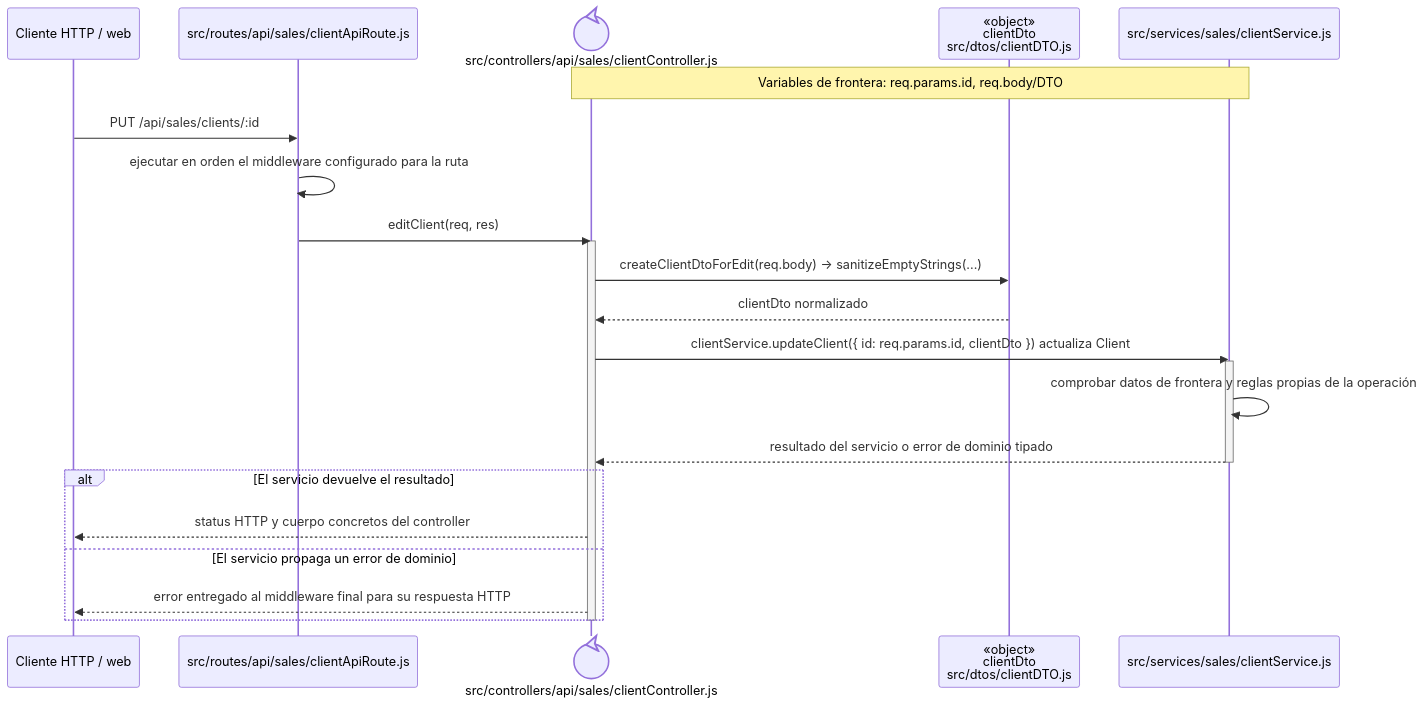
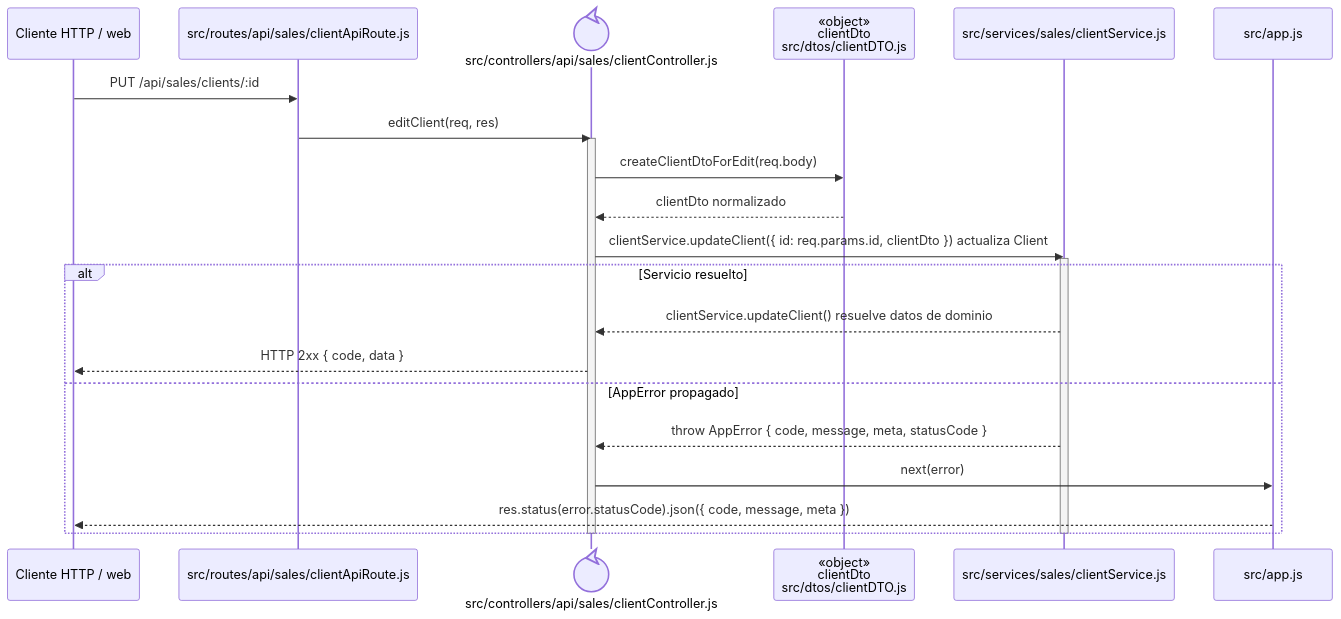
One commit to gpgsistemas01/nexus changed the diagram in docs/architecture/backend-code-sequences/catalogs/cu-cat-07.md. Above: the diagram before and after it, drawn with Mermaid. The commit also changed 148 other files, not shown here.

````diff
--- a/docs/architecture/backend-code-sequences/catalogs/cu-cat-07.md
+++ b/docs/architecture/backend-code-sequences/catalogs/cu-cat-07.md
@@ -6,27 +6,27 @@
 ```mermaid
 sequenceDiagram
     participant Client as Cliente HTTP / web
     participant Route as src/routes/api/sales/clientApiRoute.js
     participant Controller@{ "type": "control" } as src/controllers/api/sales/clientController.js
     participant ClientDto as «object»<br/>clientDto<br/>src/dtos/clientDTO.js
     participant Domain as src/services/sales/clientService.js
-    Note over Controller,Domain: Variables de frontera: req.params.id, req.body/DTO
+    participant ErrorHandler as src/app.js
 
     Client->>Route: PUT /api/sales/clients/:id
-    Route->>Route: ejecutar en orden el middleware configurado para la ruta
     Route->>Controller: editClient(req, res)
     activate Controller
-    Controller->>ClientDto: createClientDtoForEdit(req.body) → sanitizeEmptyStrings(...)
+    Controller->>ClientDto: createClientDtoForEdit(req.body)
     ClientDto-->>Controller: clientDto normalizado
     Controller->>Domain: clientService.updateClient({ id: req.params.id, clientDto }) actualiza Client
     activate Domain
-    Domain->>Domain: comprobar datos de frontera y reglas propias de la operación
-    Domain-->>Controller: resultado del servicio o error de dominio tipado
+    alt Servicio resuelto
+        Domain-->>Controller: clientService.updateClient() resuelve datos de dominio
+        Controller-->>Client: HTTP 2xx { code, data }
+    else AppError propagado
+        Domain-->>Controller: throw AppError { code, message, meta, statusCode }
+        Controller->>ErrorHandler: next(error)
+        ErrorHandler-->>Client: res.status(error.statusCode).json({ code, message, meta })
+    end
     deactivate Domain
-    alt El servicio devuelve el resultado
-        Controller-->>Client: status HTTP y cuerpo concretos del controller
-    else El servicio propaga un error de dominio
-        Controller-->>Client: error entregado al middleware final para su respuesta HTTP
-    end
     deactivate Controller
 ```
````
